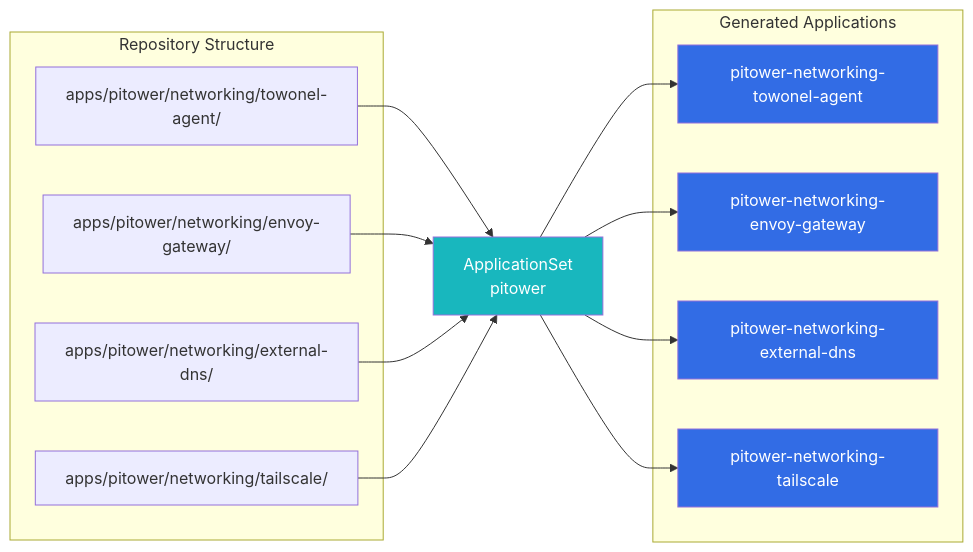
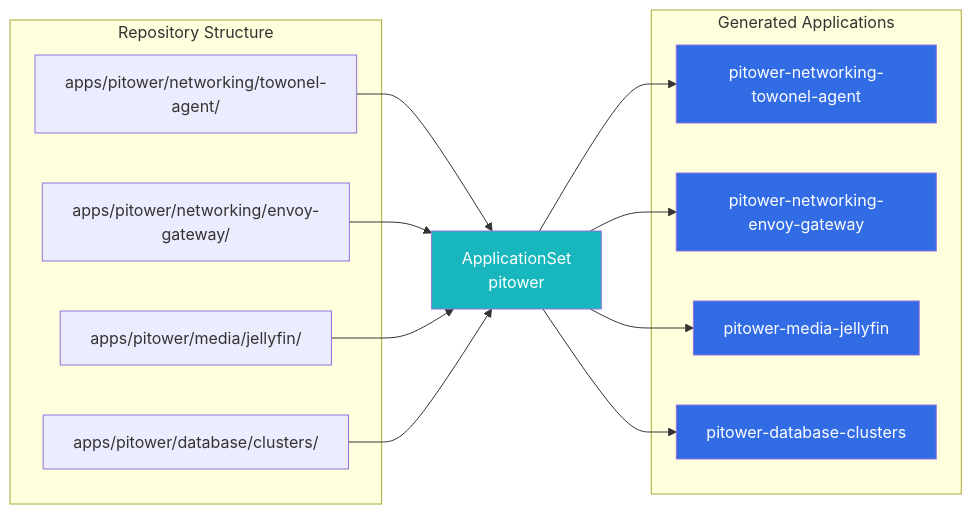
The diagram in docs/gitops/application-sets.md (swibrow/home-ops), drawn with Mermaid before and after one commit. The commit also changed other lines of this file and 105 other files, not shown here.

````diff
--- a/docs/gitops/application-sets.md
+++ b/docs/gitops/application-sets.md
@@ -27,27 +35,27 @@
 ```mermaid
 flowchart LR
     subgraph "Repository Structure"
         dir1["apps/pitower/networking/towonel-agent/"]
         dir2["apps/pitower/networking/envoy-gateway/"]
-        dir3["apps/pitower/networking/external-dns/"]
-        dir4["apps/pitower/networking/tailscale/"]
+        dir3["apps/pitower/media/jellyfin/"]
+        dir4["apps/pitower/database/clusters/"]
     end
 
     AS[ApplicationSet\npitower]
 
     subgraph "Generated Applications"
         app1["pitower-networking-towonel-agent"]
         app2["pitower-networking-envoy-gateway"]
-        app3["pitower-networking-external-dns"]
-        app4["pitower-networking-tailscale"]
+        app3["pitower-media-jellyfin"]
+        app4["pitower-database-clusters"]
     end
 
     dir1 & dir2 & dir3 & dir4 --> AS
     AS --> app1 & app2 & app3 & app4
 
     style AS fill:#18b7be,color:#fff
     style app1 fill:#326ce5,color:#fff
     style app2 fill:#326ce5,color:#fff
     style app3 fill:#326ce5,color:#fff
     style app4 fill:#326ce5,color:#fff
 ```
````
